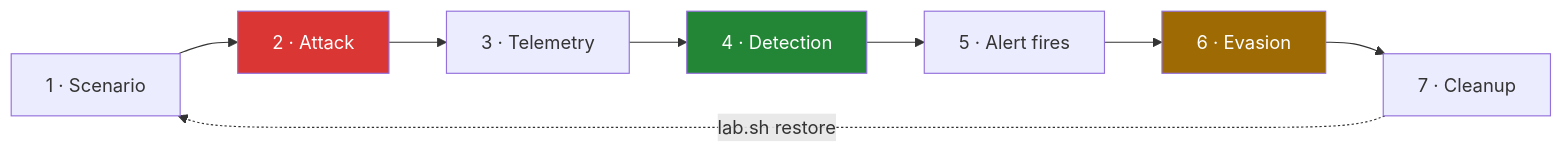
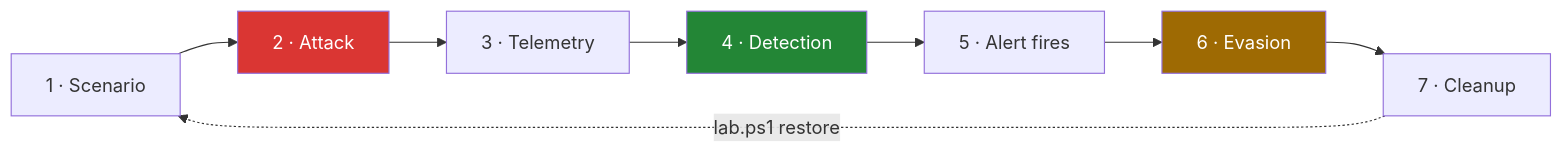
One commit to zebracherry/PurpleForest changed the diagram in docs/exercises.md. Above: the diagram before and after it, drawn with Mermaid. The commit also changed 5 other files, not shown here.

````diff
--- a/docs/exercises.md
+++ b/docs/exercises.md
@@ -7,14 +7,14 @@
 ```mermaid
 flowchart LR
     A[1 · Scenario] --> B[2 · Attack]
     B --> C[3 · Telemetry]
     C --> D[4 · Detection]
     D --> E[5 · Alert fires]
     E --> F[6 · Evasion]
     F --> G[7 · Cleanup]
-    G -.->|lab.sh restore| A
+    G -.->|lab.ps1 restore| A
 
     style B fill:#da3633,color:#fff
     style D fill:#238636,color:#fff
     style F fill:#9e6a03,color:#fff
 ```
````
